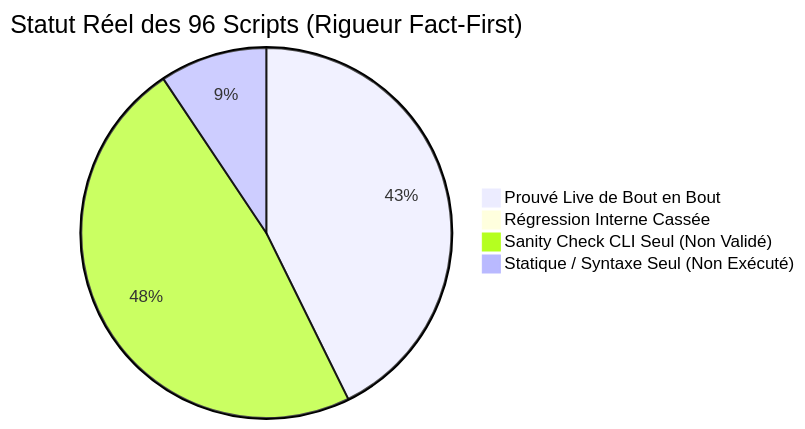
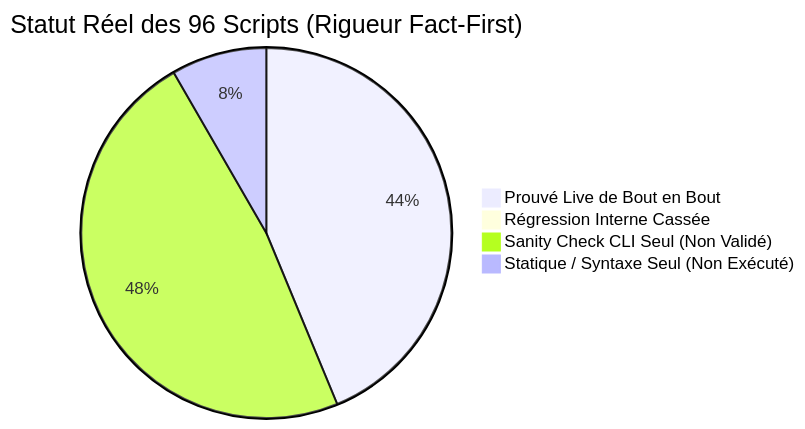
The diagram in docs/reference/2026-11-10-audit-exhaustif-scripts-regressions.md (yoyonel/pydbsrt), drawn with Mermaid before and after one commit. The commit also changed other lines of this file and 2 other files, not shown here.

````diff
--- a/docs/reference/2026-11-10-audit-exhaustif-scripts-regressions.md
+++ b/docs/reference/2026-11-10-audit-exhaustif-scripts-regressions.md
@@ -16,7 +16,7 @@
 ```mermaid
 pie title Statut Réel des 96 Scripts (Rigueur Fact-First)
-    "Prouvé Live de Bout en Bout" : 41
+    "Prouvé Live de Bout en Bout" : 42
     "Régression Interne Cassée" : 0
     "Sanity Check CLI Seul (Non Validé)" : 46
-    "Statique / Syntaxe Seul (Non Exécuté)" : 9
+    "Statique / Syntaxe Seul (Non Exécuté)" : 8
 ```
````
